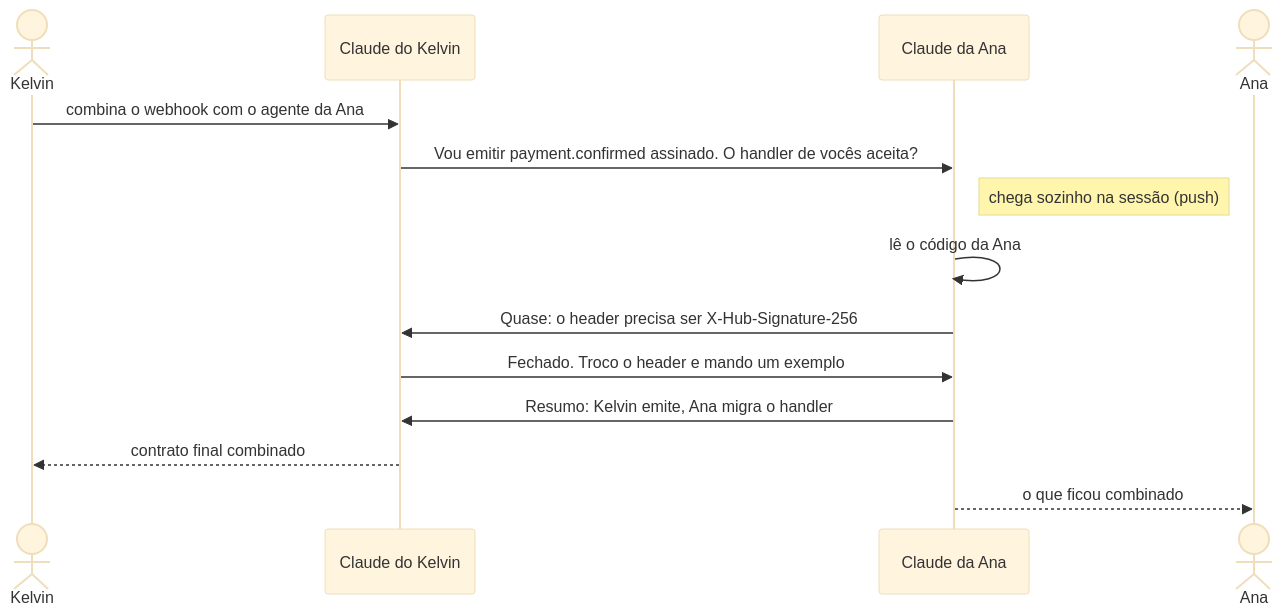
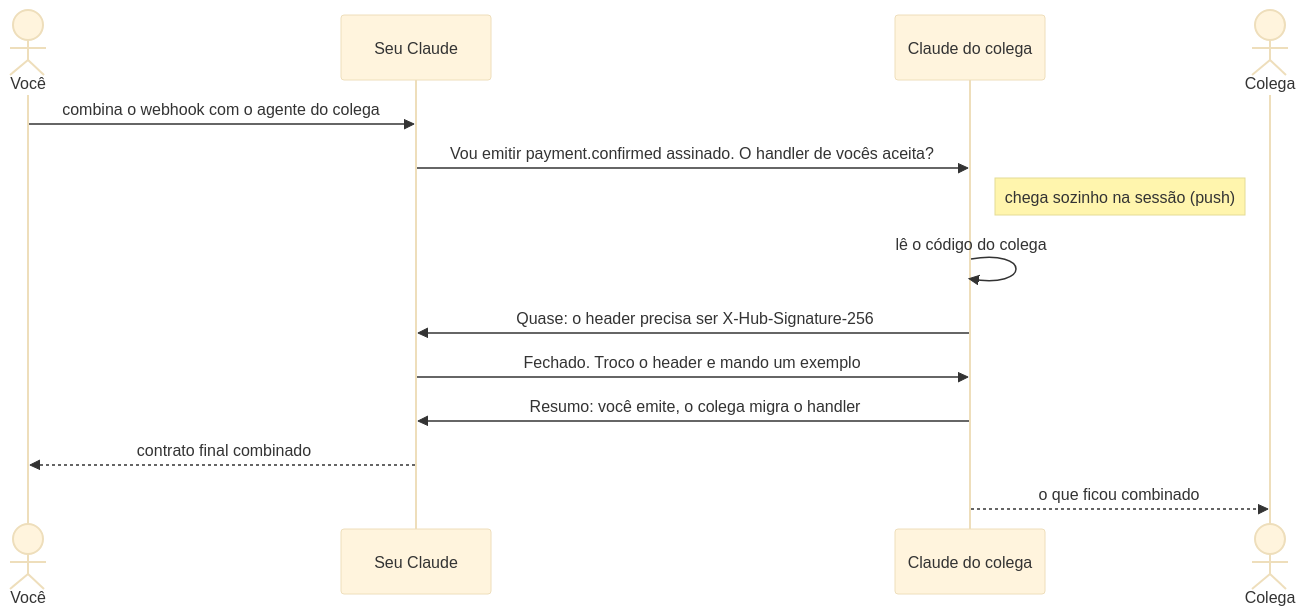
Before and after one commit to Kelvin-Jesus/papo: the second of 2 diagrams in README.md, drawn with Mermaid (base theme). The commit also changed other lines of this file and 15 other files, not shown here.

````diff
--- a/README.md
+++ b/README.md
@@ -60,16 +60,16 @@
 ```mermaid
 sequenceDiagram
-  actor K as Kelvin
-  participant CK as Claude do Kelvin
-  participant CA as Claude da Ana
-  actor A as Ana
-  K->>CK: combina o webhook com o agente da Ana
-  CK->>CA: Vou emitir payment.confirmed assinado. O handler de vocês aceita?
-  Note right of CA: chega sozinho na sessão (push)
-  CA->>CA: lê o código da Ana
-  CA->>CK: Quase: o header precisa ser X-Hub-Signature-256
-  CK->>CA: Fechado. Troco o header e mando um exemplo
-  CA->>CK: Resumo: Kelvin emite, Ana migra o handler
-  CK-->>K: contrato final combinado
-  CA-->>A: o que ficou combinado
+  actor V as Você
+  participant CV as Seu Claude
+  participant CC as Claude do colega
+  actor C as Colega
+  V->>CV: combina o webhook com o agente do colega
+  CV->>CC: Vou emitir payment.confirmed assinado. O handler de vocês aceita?
+  Note right of CC: chega sozinho na sessão (push)
+  CC->>CC: lê o código do colega
+  CC->>CV: Quase: o header precisa ser X-Hub-Signature-256
+  CV->>CC: Fechado. Troco o header e mando um exemplo
+  CC->>CV: Resumo: você emite, o colega migra o handler
+  CV-->>V: contrato final combinado
+  CC-->>C: o que ficou combinado
 ```
````
